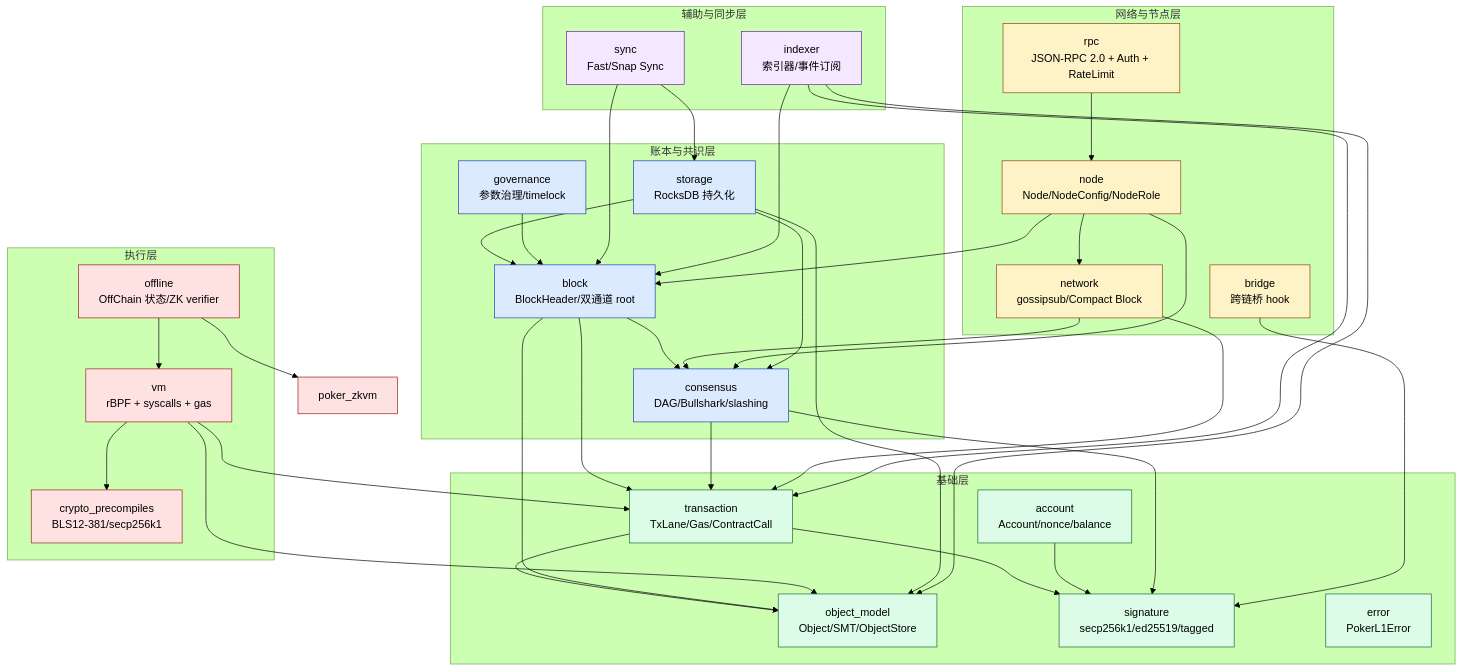
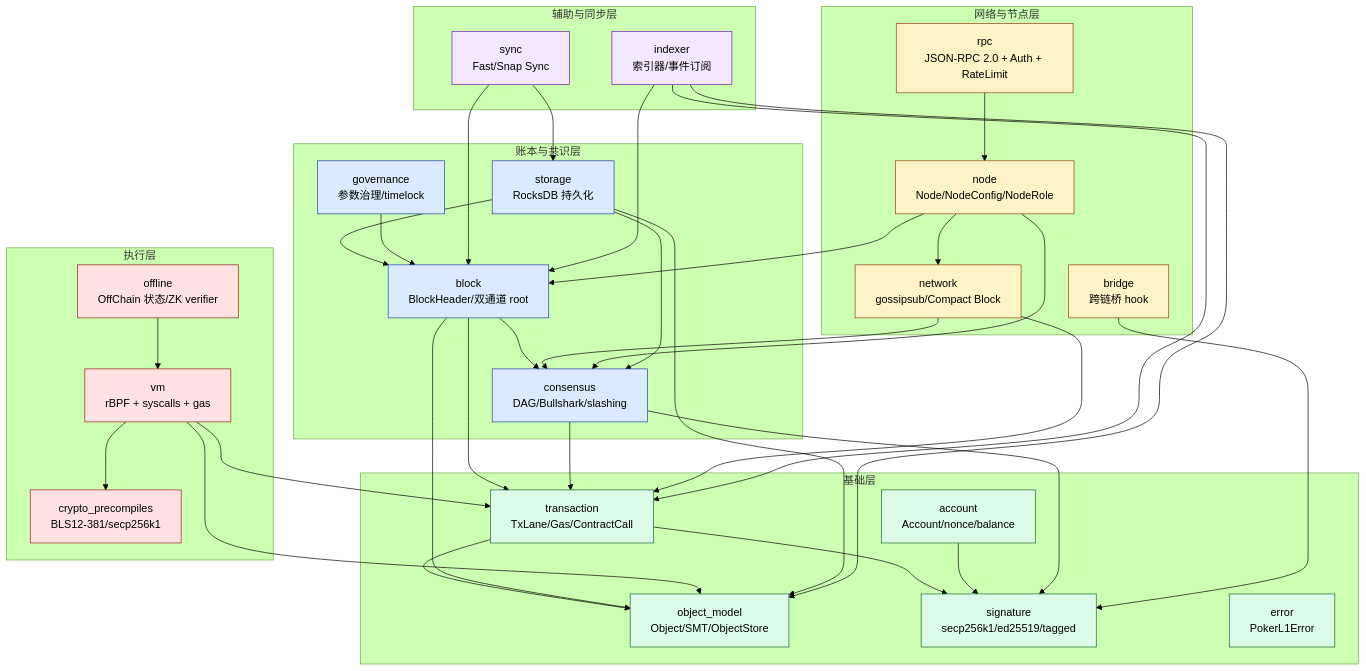
The second of 7 diagrams in docs/00-architecture-overview.md (linqining/zchain), drawn with Mermaid (forest theme) before and after one commit. The commit also changed other lines of this file and 75 other files, not shown here.

Commit message:
feat: remove poker zkvm

````diff
--- a/docs/00-architecture-overview.md
+++ b/docs/00-architecture-overview.md
@@ -85,76 +99,75 @@
 ```mermaid
 graph TD
     subgraph Foundation["基础层"]
         OBJ[object_model<br/>Object/SMT/ObjectStore]
         SIG[signature<br/>secp256k1/ed25519/tagged]
         ACC[account<br/>Account/nonce/balance]
         TX[transaction<br/>TxLane/Gas/ContractCall]
         ERR[error<br/>PokerL1Error]
     end
 
     subgraph Ledger["账本与共识层"]
         BLK[block<br/>BlockHeader/双通道 root]
         CON[consensus<br/>DAG/Bullshark/slashing]
         STO[storage<br/>RocksDB 持久化]
         GOV[governance<br/>参数治理/timelock]
     end
 
     subgraph Exec["执行层"]
         VM[vm<br/>rBPF + syscalls + gas]
         CRYPTO[crypto_precompiles<br/>BLS12-381/secp256k1]
         OFF[offline<br/>OffChain 状态/ZK verifier]
     end
 
     subgraph Net["网络与节点层"]
         NET[network<br/>gossipsub/Compact Block]
         NODE[node<br/>Node/NodeConfig/NodeRole]
         RPC[rpc<br/>JSON-RPC 2.0 + Auth + RateLimit]
         BRIDGE[bridge<br/>跨链桥 hook]
     end
 
     subgraph Aux["辅助与同步层"]
         SYNC[sync<br/>Fast/Snap Sync]
         IDX[indexer<br/>索引器/事件订阅]
     end
 
     TX --> OBJ
     TX --> SIG
     ACC --> SIG
     BLK --> TX
     BLK --> CON
     BLK --> OBJ
     CON --> TX
     CON --> SIG
     VM --> OBJ
     VM --> TX
     VM --> CRYPTO
     OFF --> VM
-    OFF --> ZKVM_EXT[poker_zkvm]
     NET --> CON
     NET --> TX
     NODE --> BLK
     NODE --> CON
     NODE --> NET
     RPC --> NODE
     BRIDGE --> SIG
     STO --> BLK
     STO --> OBJ
     STO --> CON
     GOV --> BLK
     SYNC --> STO
     SYNC --> BLK
     IDX --> BLK
     IDX --> TX
     IDX --> OBJ
 
     classDef foundation fill:#dcfce7,stroke:#166534
     classDef ledger fill:#dbeafe,stroke:#1e40af
     classDef exec fill:#fee2e2,stroke:#991b1b
     classDef net fill:#fef3c7,stroke:#92400e
     classDef aux fill:#f3e8ff,stroke:#6b21a8
     class OBJ,SIG,ACC,TX,ERR foundation
     class BLK,CON,STO,GOV ledger
-    class VM,CRYPTO,OFF,ZKVM_EXT exec
+    class VM,CRYPTO,OFF exec
     class NET,NODE,RPC,BRIDGE net
     class SYNC,IDX aux
 ```
````
